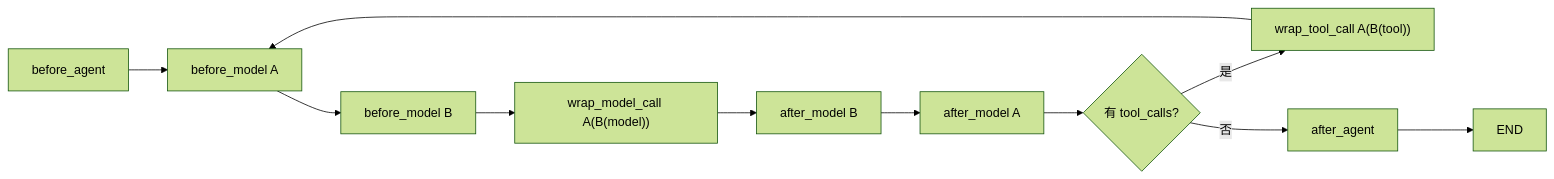
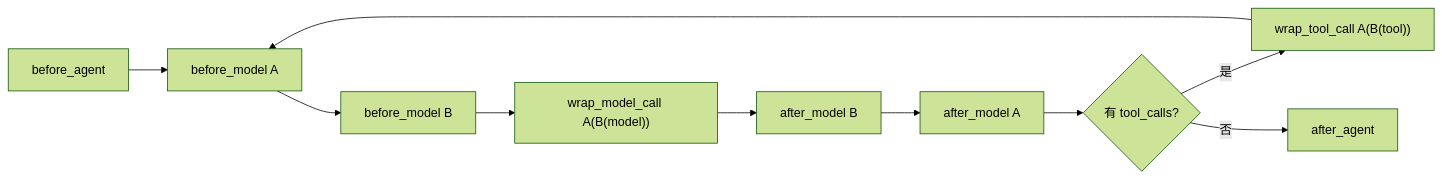
Before and after one commit to Chengyunlai/langchain-logbook: the diagram in docs-site/src/data/blog/06_Observability_Persistence.md, drawn with Mermaid (forest theme). The commit also changed other lines of this file and 5 other files, not shown here.

````diff
--- a/docs-site/src/data/blog/06_Observability_Persistence.md
+++ b/docs-site/src/data/blog/06_Observability_Persistence.md
@@ -31,9 +222,12 @@
 ```mermaid
 flowchart LR
-    BA["before_agent"] --> BM1["before_model A"] --> BM2["before_model B"]
+    BA["before_agent"] --> BM1["before_model A"]
+    BM1 --> BM2["before_model B"]
     BM2 --> WM["wrap_model_call A(B(model))"]
-    WM --> AM2["after_model B"] --> AM1["after_model A"]
+    WM --> AM2["after_model B"]
+    AM2 --> AM1["after_model A"]
     AM1 --> D{"有 tool_calls?"}
-    D -- "是" --> WT["wrap_tool_call A(B(tool))"] --> BM1
-    D -- "否" --> AA["after_agent"] --> END["END"]
+    D -->|"是"| WT["wrap_tool_call A(B(tool))"]
+    WT --> BM1
+    D -->|"否"| AA["after_agent"]
 ```
````
